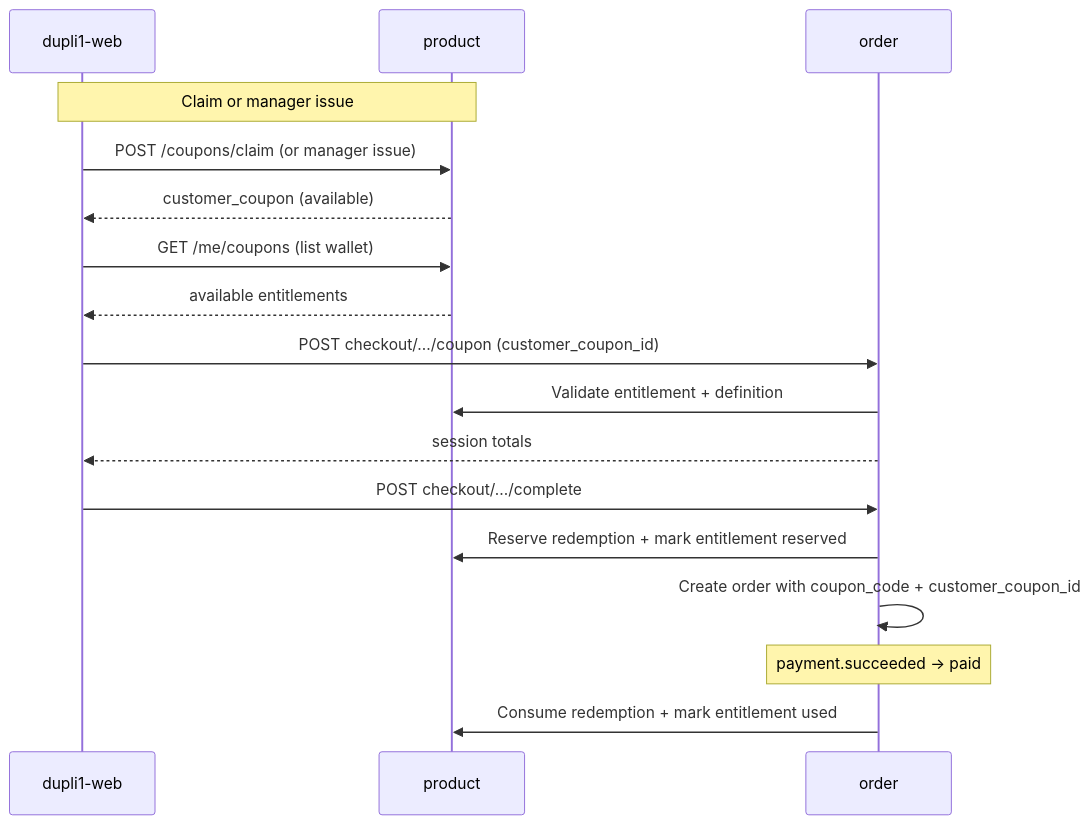
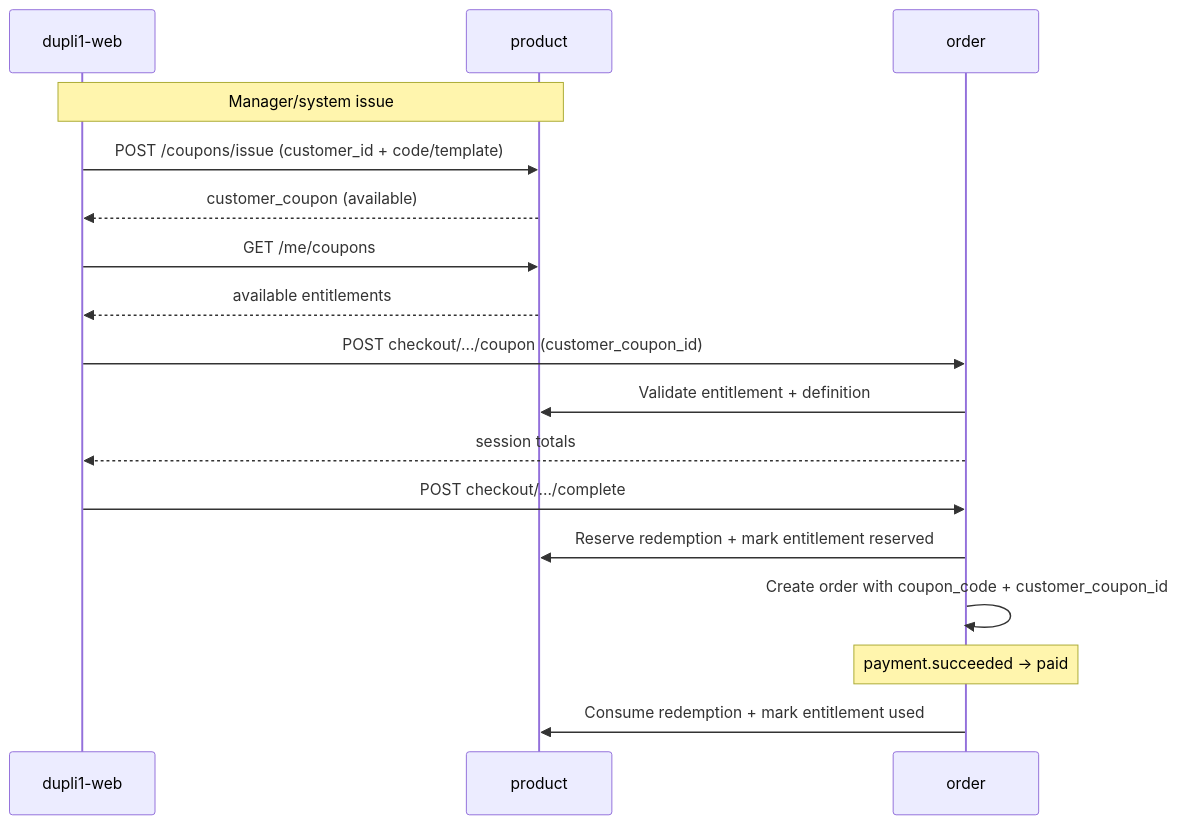
One commit to elug3/dupli1 changed the second of 2 diagrams in docs/product-promo-referral-code-plan.md. Above: the diagram before and after it, drawn with Mermaid. The commit also changed other lines of this file and 2 other files, not shown here.

````diff
--- a/docs/product-promo-referral-code-plan.md
+++ b/docs/product-promo-referral-code-plan.md
@@ -226,21 +238,21 @@
 ```mermaid
 sequenceDiagram
   participant Web as dupli1-web
   participant Product as product
   participant Order as order
 
-  Note over Web,Product: Claim or manager issue
-  Web->>Product: POST /coupons/claim (or manager issue)
+  Note over Web,Product: Manager/system issue
+  Web->>Product: POST /coupons/issue (customer_id + code/template)
   Product-->>Web: customer_coupon (available)
 
-  Web->>Product: GET /me/coupons (list wallet)
+  Web->>Product: GET /me/coupons
   Product-->>Web: available entitlements
   Web->>Order: POST checkout/.../coupon (customer_coupon_id)
   Order->>Product: Validate entitlement + definition
   Order-->>Web: session totals
   Web->>Order: POST checkout/.../complete
   Order->>Product: Reserve redemption + mark entitlement reserved
   Order->>Order: Create order with coupon_code + customer_coupon_id
   Note over Order: payment.succeeded → paid
   Order->>Product: Consume redemption + mark entitlement used
 ```
````
